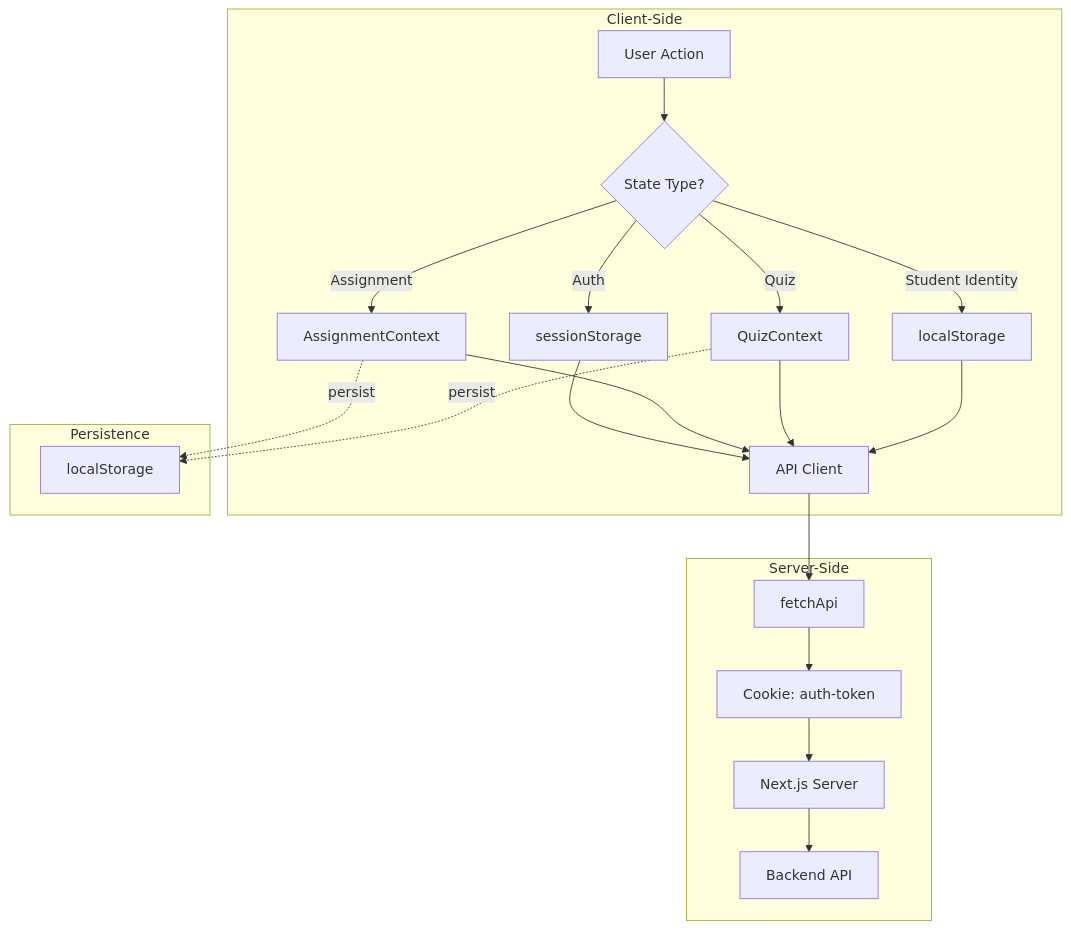
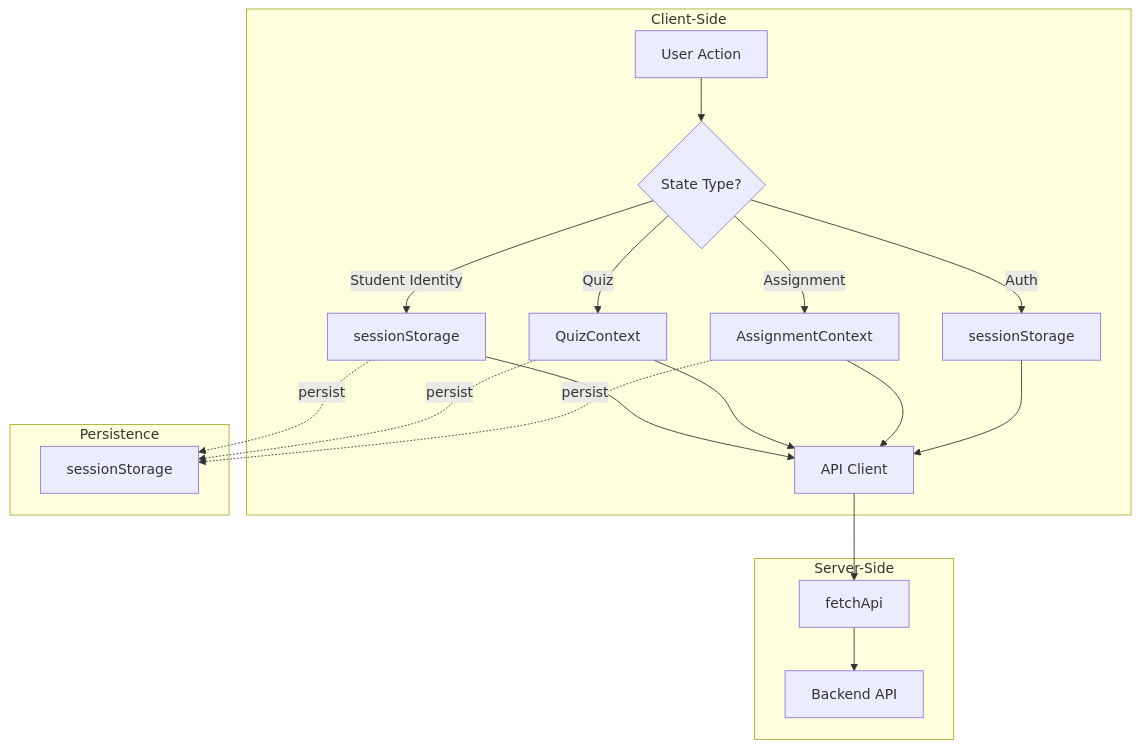
The diagram in doc/frontend-state-management.md (vikrantshome/Shiksha-Sathi), drawn with Mermaid before and after one commit. The commit also changed other lines of this file and 17 other files, not shown here.

First line of the commit message:
refactor(auth): remove cookies and convert all storage to sessionStorage

````diff
--- a/doc/frontend-state-management.md
+++ b/doc/frontend-state-management.md
@@ -155,27 +136,26 @@
 ```mermaid
 flowchart TD
     subgraph Client["Client-Side"]
         A[User Action] --> B{State Type?}
         B -->|Auth| C[sessionStorage]
         B -->|Assignment| D[AssignmentContext]
         B -->|Quiz| E[QuizContext]
-        B -->|Student Identity| F[localStorage]
+        B -->|Student Identity| F[sessionStorage]
         
         C --> G[API Client]
         D --> G
         E --> G
         F --> G
     end
     
     subgraph Server["Server-Side"]
         G --> H[fetchApi]
-        H --> I[Cookie: auth-token]
-        I --> J[Next.js Server]
-        J --> K[Backend API]
+        H --> K[Backend API]
     end
     
     subgraph Persistence["Persistence"]
-        D -.->|persist| L[localStorage]
+        D -.->|persist| L[sessionStorage]
         E -.->|persist| L
+        F -.->|persist| L
     end
 ```
````
